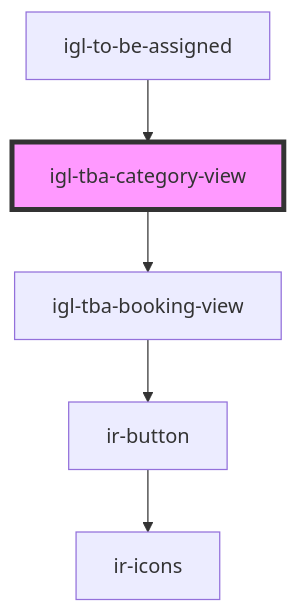
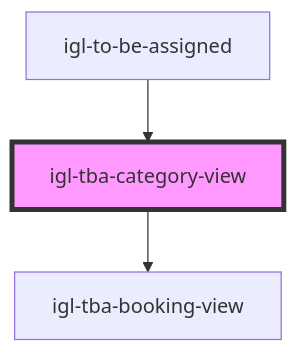
Before and after one commit to RonyRizk/ir-webcmp: the diagram in src/components/igloo-calendar/igl-to-be-assigned/igl-tba-category-view/readme.md, drawn with Mermaid. The commit also changed 586 other files, not shown here.

````diff
--- a/src/components/igloo-calendar/igl-to-be-assigned/igl-tba-category-view/readme.md
+++ b/src/components/igloo-calendar/igl-to-be-assigned/igl-tba-category-view/readme.md
@@ -38,8 +38,6 @@
 ```mermaid
 graph TD;
   igl-tba-category-view --> igl-tba-booking-view
-  igl-tba-booking-view --> ir-button
-  ir-button --> ir-icons
   igl-to-be-assigned --> igl-tba-category-view
   style igl-tba-category-view fill:#f9f,stroke:#333,stroke-width:4px
 ```
````
